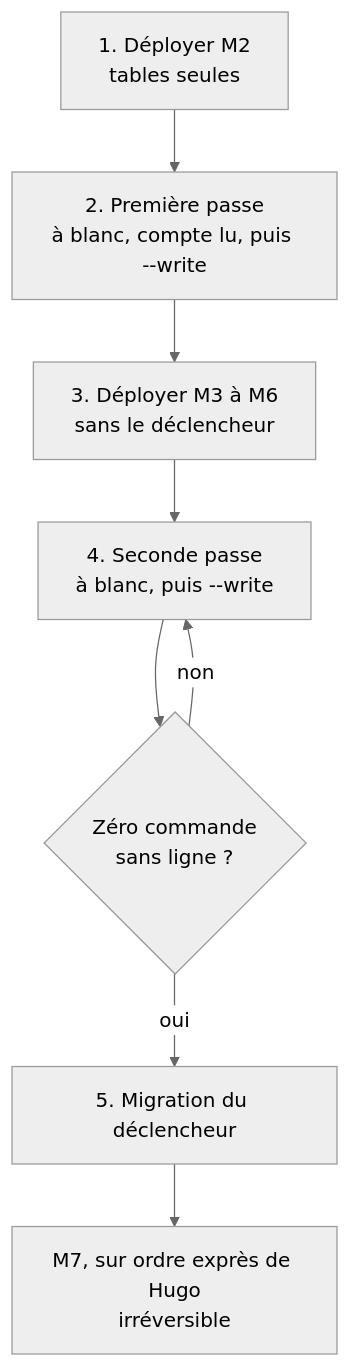
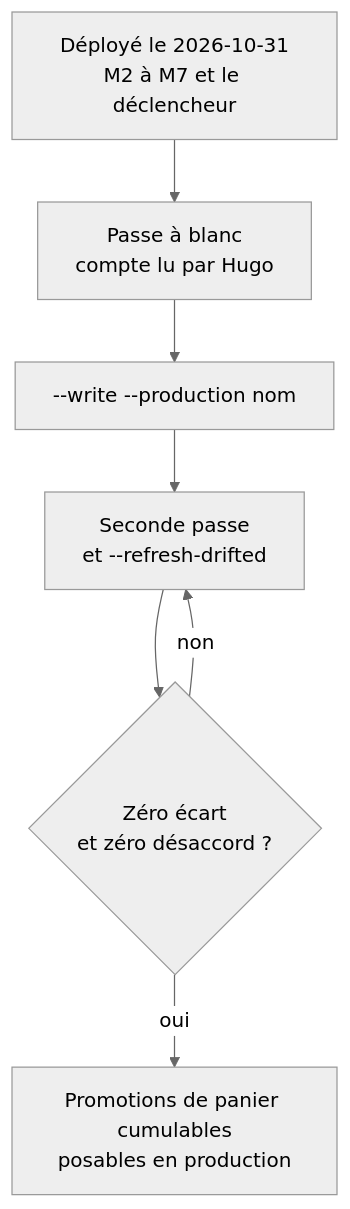
The seventh of 7 diagrams in documentation/pricing/promotions.md (hugoheynard/lfd), drawn with Mermaid (neutral theme) before and after one commit. The commit also changed other lines of this file, not shown here.

First line of the commit message:
docs(promotions): la doc d'état dit la production du 2026-10-31 et la justesse éprouvée le même soir

````diff
--- a/documentation/pricing/promotions.md
+++ b/documentation/pricing/promotions.md
@@ -389,10 +403,9 @@
 ```mermaid
 flowchart TD
-    A["1. Déployer M2<br/>tables seules"] --> B["2. Première passe<br/>à blanc, compte lu, puis --write"]
-    B --> C["3. Déployer M3 à M6<br/>sans le déclencheur"]
-    C --> D["4. Seconde passe<br/>à blanc, puis --write"]
-    D --> E{"Zéro commande<br/>sans ligne ?"}
-    E -->|oui| F["5. Migration du déclencheur"]
+    A["Déployé le 2026-10-31<br/>M2 à M7 et le déclencheur"] --> B["Passe à blanc<br/>compte lu par Hugo"]
+    B --> C["--write --production nom"]
+    C --> D["Seconde passe<br/>et --refresh-drifted"]
+    D --> E{"Zéro écart<br/>et zéro désaccord ?"}
     E -->|non| D
-    F --> G["M7, sur ordre exprès de Hugo<br/>irréversible"]
+    E -->|oui| F["Promotions de panier cumulables<br/>posables en production"]
 ```
````
